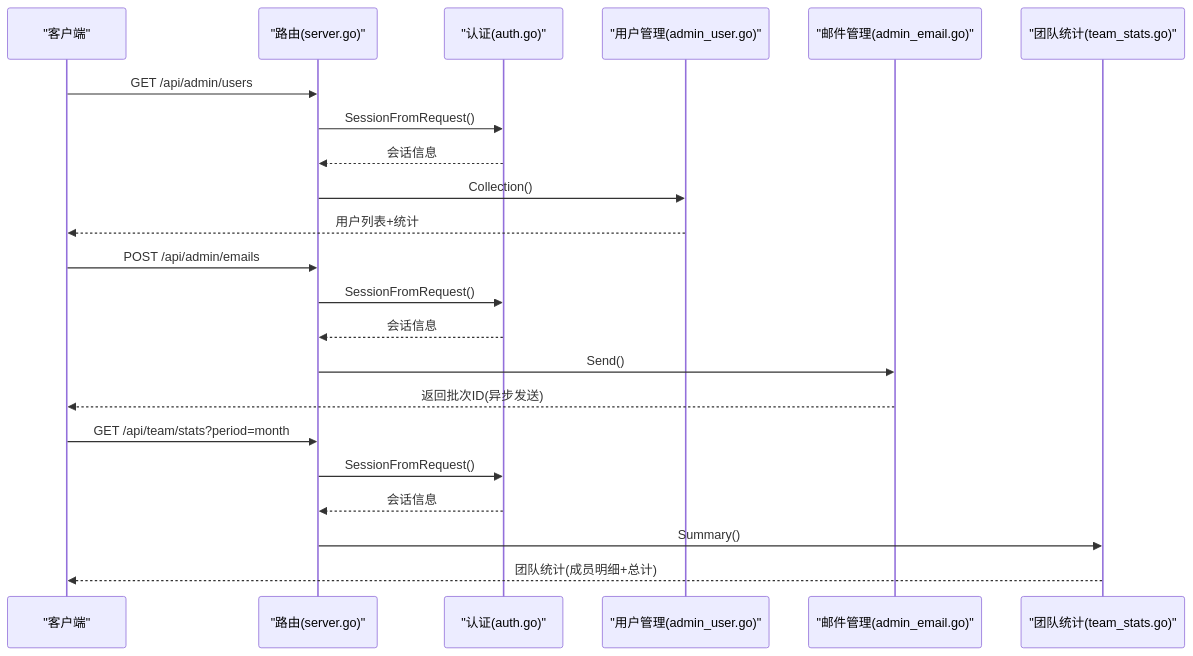
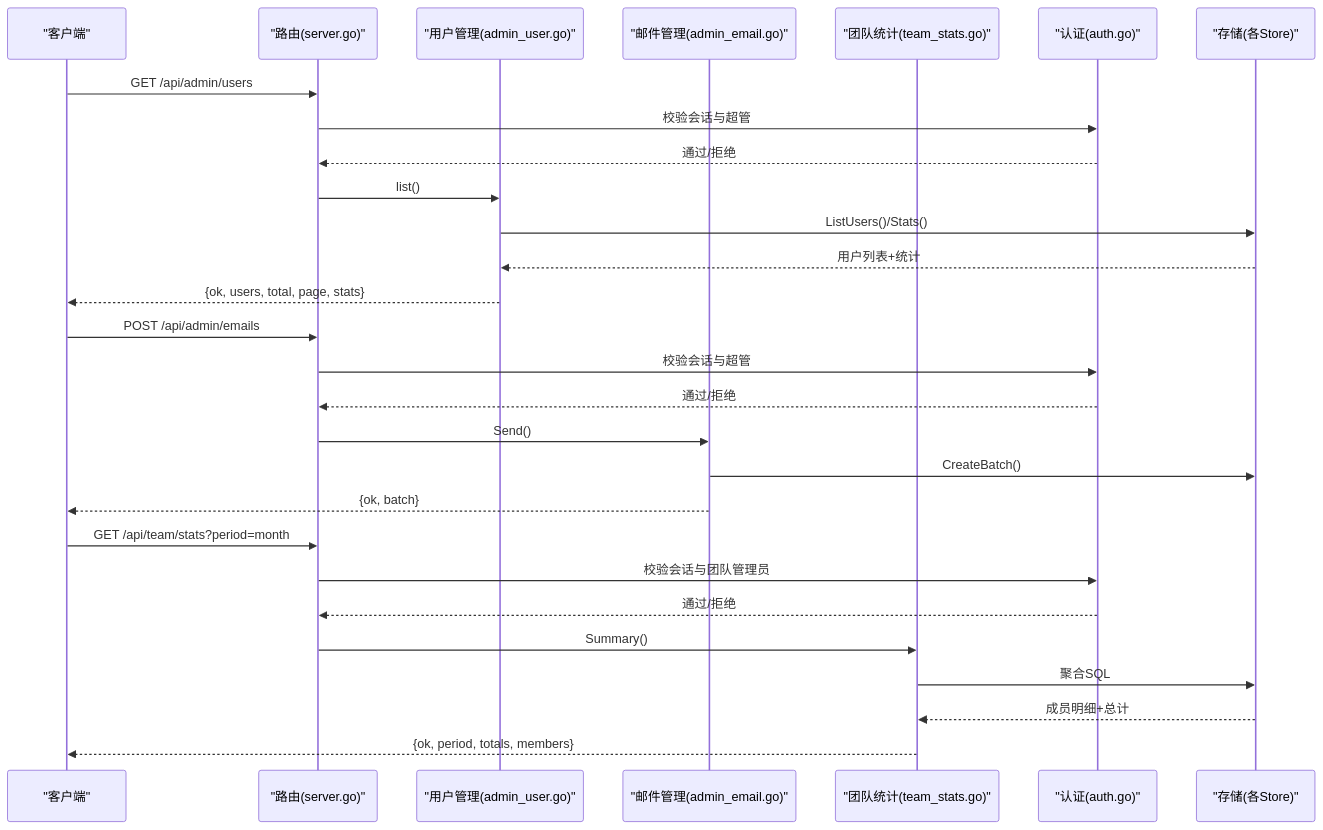
Before and after one commit to alvinwangzi/goodhr: the second of 3 diagrams in .qoder/repowiki/zh/content/API接口文档/云端REST API/管理后台API/管理后台API.md, drawn with Mermaid. The commit also changed other lines of this file and 149 other files, not shown here.

````diff
--- a/.qoder/repowiki/zh/content/API接口文档/云端REST API/管理后台API/管理后台API.md
+++ b/.qoder/repowiki/zh/content/API接口文档/云端REST API/管理后台API/管理后台API.md
@@ -93,24 +82,30 @@
 ```mermaid
 sequenceDiagram
 participant C as "客户端"
 participant R as "路由(server.go)"
-participant A as "认证(auth.go)"
 participant U as "用户管理(admin_user.go)"
 participant E as "邮件管理(admin_email.go)"
-participant S as "团队统计(team_stats.go)"
+participant T as "团队统计(team_stats.go)"
+participant A as "认证(auth.go)"
+participant S as "存储(各Store)"
 C->>R : GET /api/admin/users
-R->>A : SessionFromRequest()
-A-->>R : 会话信息
-R->>U : Collection()
-U-->>C : 用户列表+统计
+R->>A : 校验会话与超管
+A-->>R : 通过/拒绝
+R->>U : list()
+U->>S : ListUsers()/Stats()
+S-->>U : 用户列表+统计
+U-->>C : {ok, users, total, page, stats}
 C->>R : POST /api/admin/emails
-R->>A : SessionFromRequest()
-A-->>R : 会话信息
+R->>A : 校验会话与超管
+A-->>R : 通过/拒绝
 R->>E : Send()
-E-->>C : 返回批次ID(异步发送)
+E->>S : CreateBatch()
+E-->>C : {ok, batch}
 C->>R : GET /api/team/stats?period=month
-R->>A : SessionFromRequest()
-A-->>R : 会话信息
-R->>S : Summary()
-S-->>C : 团队统计(成员明细+总计)
+R->>A : 校验会话与团队管理员
+A-->>R : 通过/拒绝
+R->>T : Summary()
+T->>S : 聚合SQL
+S-->>T : 成员明细+总计
+T-->>C : {ok, period, totals, members}
 ```
````
